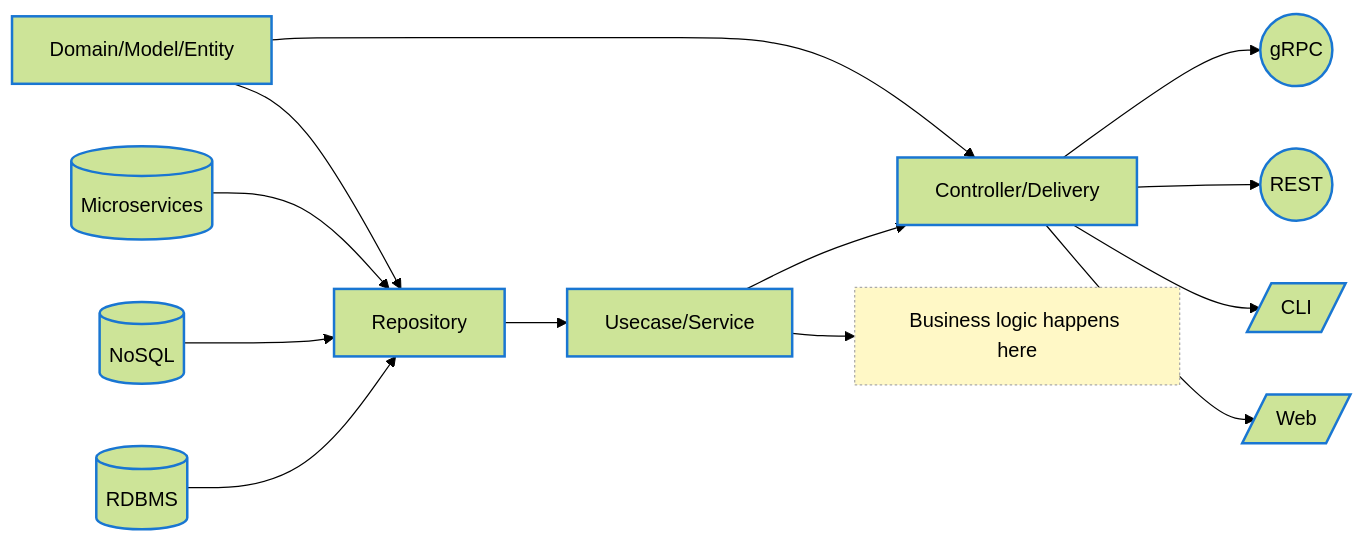
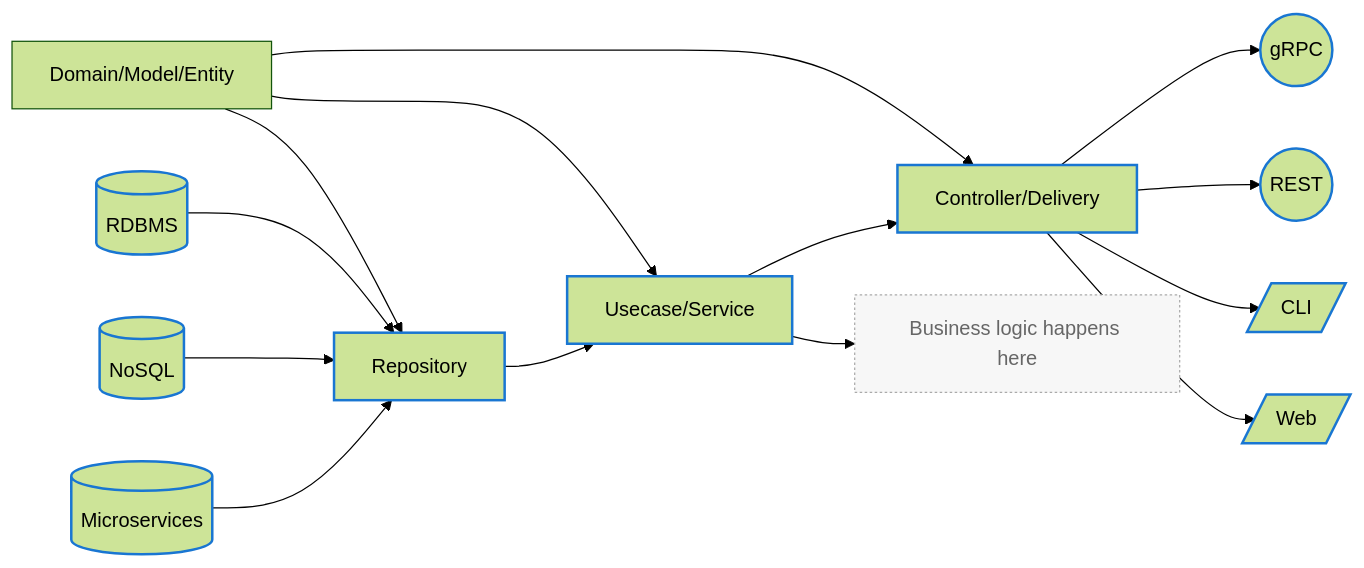
Before and after one commit to ffoky/Code-processor: the second of 3 diagrams in README.md, drawn with Mermaid (forest theme).

````diff
--- a/README.md
+++ b/README.md
@@ -51,42 +51,46 @@
 ```mermaid
 flowchart LR
 
   %% Data sources
   RDBMS[(RDBMS)]
   NoSQL[(NoSQL)]
   Micro[(Microservices)]
 
   %% Core components
   Repo[Repository]
-  Domain[Domain/Model/Entity]
   Usecase[Usecase/Service]
   Controller[Controller/Delivery]
+
+  %% "Фикс" позиции Domain над Usecase
+  Domain/Model/Entity
+  Domain/Model/Entity --> Usecase
+  Domain/Model/Entity --> Repo
+  Domain/Model/Entity --> Controller
 
   %% Interfaces
   gRPC((gRPC))
   REST((REST))
   CLI[/CLI/]
   Web[/Web/]
 
   %% Relationships
   RDBMS --> Repo
   NoSQL --> Repo
   Micro --> Repo
-  Domain --> Repo
   Repo --> Usecase
   Usecase --> Controller
-  Domain --> Controller
   Controller --> gRPC
   Controller --> REST
   Controller --> CLI
   Controller --> Web
 
   %% Annotation
-  classDef note fill:#fff8c6,stroke:#aaa,stroke-dasharray: 2 2;
+  classDef note fill:#f7f7f7,color:#666,stroke:#aaa,stroke-dasharray: 2 2;
   Note["Business logic happens here"]:::note
   Usecase --> Note
 
-  %% Styling — только рамка, без заливки!
+  %% Styling
   classDef outlined stroke:#1976d2,stroke-width:2px;
+  classDef dummy fill:transparent,stroke:transparent;
   class RDBMS,NoSQL,Micro,Repo,Domain,Usecase,Controller,gRPC,REST,CLI,Web outlined;
 ```
````
